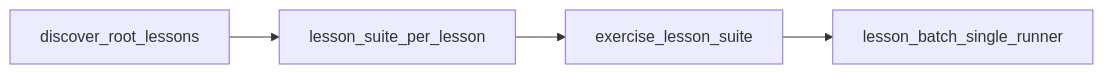
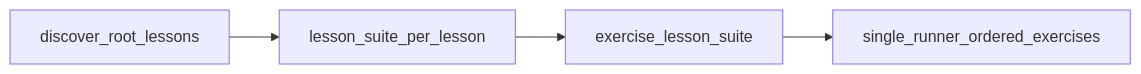
The diagram in docs/teacher-guide.md (morbargig/linux-practice), drawn with Mermaid before and after one commit. The commit also changed other lines of this file and 5 other files, not shown here.

First line of the commit message:
ci: one runner per lesson — sequential exercises, skip per-run reports

````diff
--- a/docs/teacher-guide.md
+++ b/docs/teacher-guide.md
@@ -86,10 +86,10 @@
 ```mermaid
 flowchart LR
   discoverRoot[discover_root_lessons]
   lessonWave[lesson_suite_per_lesson]
   reusableRun[exercise_lesson_suite]
-  lessonBatch[lesson_batch_single_runner]
+  sequentialRun[single_runner_ordered_exercises]
   discoverRoot --> lessonWave
   lessonWave --> reusableRun
-  reusableRun --> lessonBatch
+  reusableRun --> sequentialRun
 ```
````
